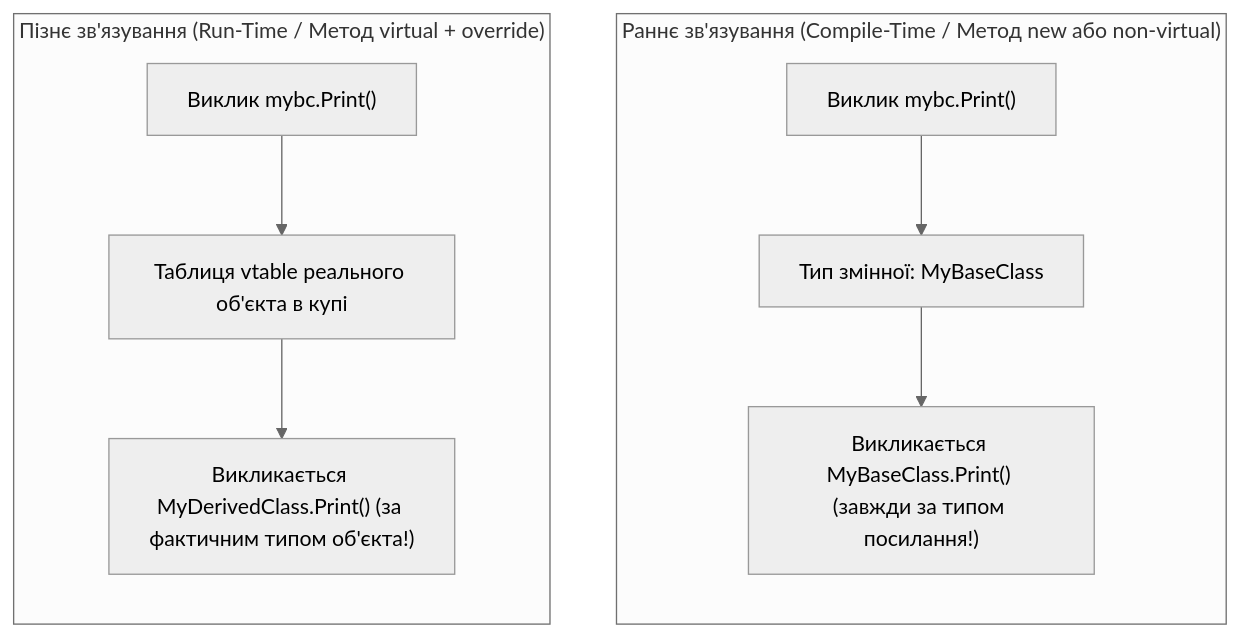
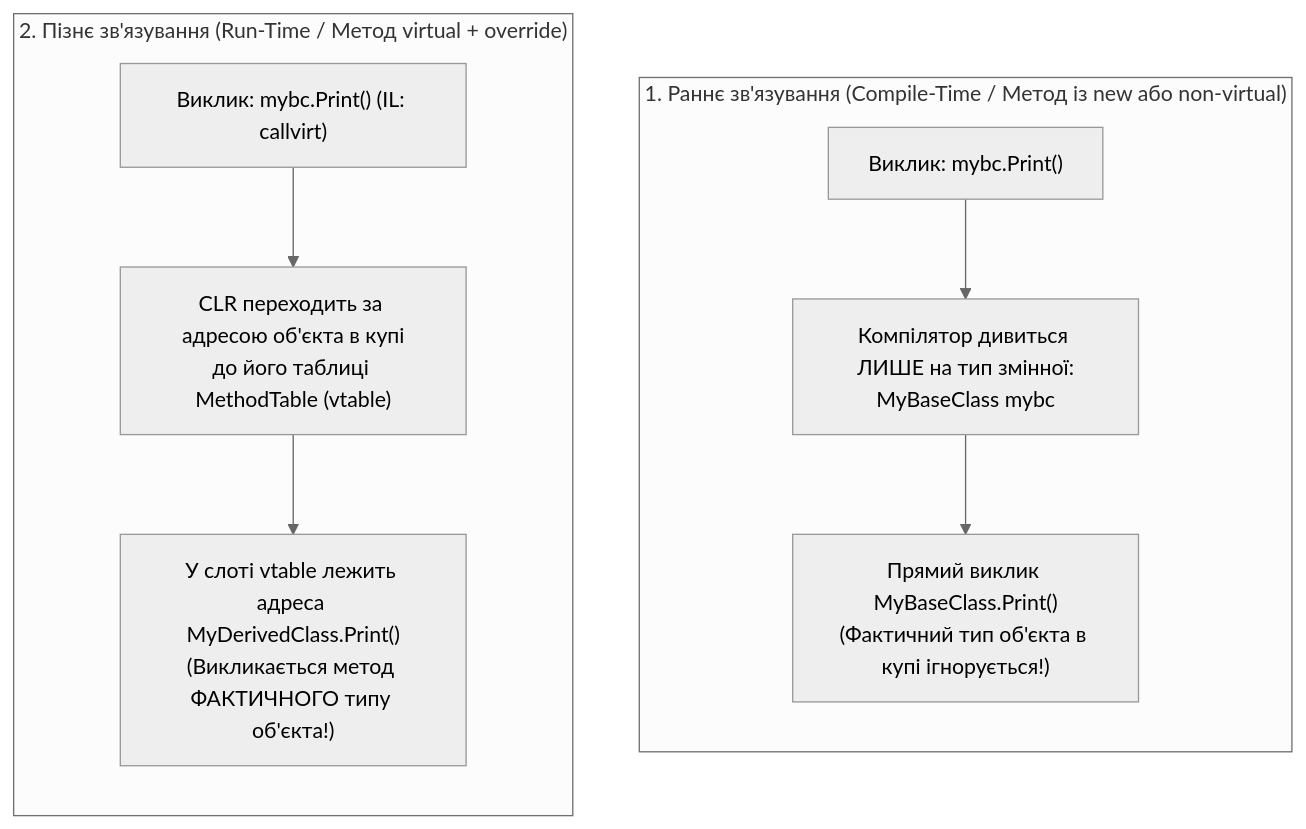
The diagram in 02-OOP-Core/01-Inheritance/Docs/02_Virtual_Override_And_New_Hiding.md (MrTomkaYurii/CSharp-OOP-Mastery), drawn with Mermaid (neutral theme) before and after one commit. The commit also changed other lines of this file and 73 other files, not shown here.

Commit message:
docs: enrich and expand all lecture guides across chapters 01, 02, 04, 05, 06, 07, 08, 10 with deep theory, Mermaid diagrams and verified links

````diff
--- a/02-OOP-Core/01-Inheritance/Docs/02_Virtual_Override_And_New_Hiding.md
+++ b/02-OOP-Core/01-Inheritance/Docs/02_Virtual_Override_And_New_Hiding.md
@@ -9,14 +18,14 @@
 ```mermaid
 flowchart TD
-    subgraph EarlyBinding ["Раннє зв'язування (Compile-Time / Метод new або non-virtual)"]
+    subgraph EarlyBinding ["1. Раннє зв'язування (Compile-Time / Метод із new або non-virtual)"]
         direction TB
-        Call1["Виклик mybc.Print()"] --> TypeCheck1["Тип змінної: MyBaseClass"]
-        TypeCheck1 --> Method1["Викликається MyBaseClass.Print() (завжди за типом посилання!)"]
+        Call1["Виклик: mybc.Print()"] --> TypeCheck1["Компілятор дивиться ЛИШЕ на тип змінної:\nMyBaseClass mybc"]
+        TypeCheck1 --> Method1["Прямий виклик MyBaseClass.Print()\n(Фактичний тип об'єкта в купі ігнорується!)"]
     end
 
-    subgraph LateBinding ["Пізнє зв'язування (Run-Time / Метод virtual + override)"]
+    subgraph LateBinding ["2. Пізнє зв'язування (Run-Time / Метод virtual + override)"]
         direction TB
-        Call2["Виклик mybc.Print()"] --> TypeCheck2["Таблиця vtable реального об'єкта в купі"]
-        TypeCheck2 --> Method2["Викликається MyDerivedClass.Print() (за фактичним типом об'єкта!)"]
+        Call2["Виклик: mybc.Print() (IL: callvirt)"] --> TypeCheck2["CLR переходить за адресою об'єкта в купі\nдо його таблиці MethodTable (vtable)"]
+        TypeCheck2 --> Method2["У слоті vtable лежить адреса MyDerivedClass.Print()\n(Викликається метод ФАКТИЧНОГО типу об'єкта!)"]
     end
 ```
````
